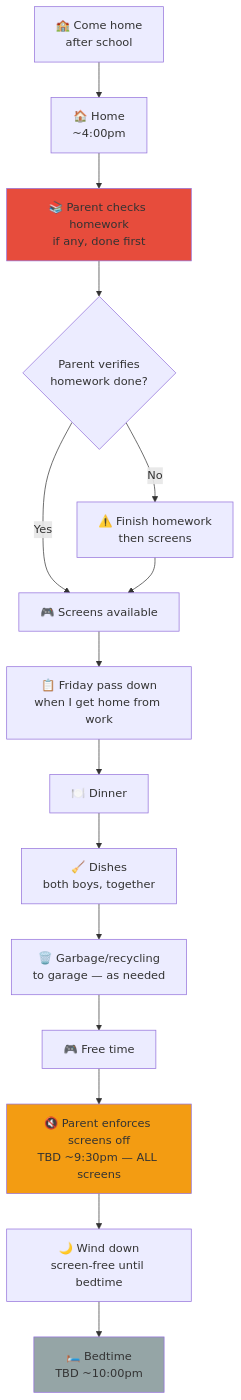
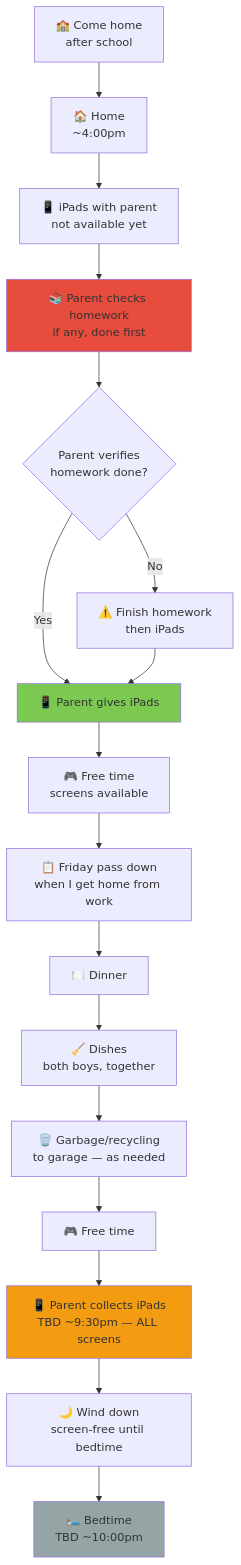
Before and after one commit to ajass/technology-reset: the first of 2 diagrams in day-types/01-friday.md, drawn with Mermaid. The commit also changed other lines of this file and 8 other files, not shown here.

````diff
--- a/day-types/01-friday.md
+++ b/day-types/01-friday.md
@@ -18,21 +18,24 @@
 ```mermaid
 flowchart TD
     A["🏫 Come home<br/>after school"] --> B["🏠 Home<br/>~4:00pm"]
-    B --> C["📚 Parent checks homework<br/>if any, done first"]
+    B --> IP["📱 iPads with parent<br/>not available yet"]
+    IP --> C["📚 Parent checks homework<br/>if any, done first"]
     C --> CD{"Parent verifies<br/>homework done?"}
-    CD -->|Yes| D["🎮 Screens available"]
-    CD -->|No| CW["⚠️ Finish homework<br/>then screens"]
-    CW --> D
+    CD -->|Yes| DG["📱 Parent gives iPads"]
+    CD -->|No| CW["⚠️ Finish homework<br/>then iPads"]
+    CW --> DG
+    DG --> D["🎮 Free time<br/>screens available"]
     D --> PD["📋 Friday pass down<br/>when I get home from work"]
     PD --> E["🍽️ Dinner"]
     E --> G["🧹 Dishes<br/>both boys, together"]
     G --> H["🗑️ Garbage/recycling<br/>to garage — as needed"]
     H --> I["🎮 Free time"]
-    I --> J["🔇 Parent enforces screens off<br/>TBD ~9:30pm — ALL screens"]
+    I --> J["📱 Parent collects iPads<br/>TBD ~9:30pm — ALL screens"]
     J --> K["🌙 Wind down<br/>screen-free until bedtime"]
     K --> L["🛏️ Bedtime<br/>TBD ~10:00pm"]
 
     style C fill:#e74c3c
+    style DG fill:#7bc950
     style J fill:#f39c12
     style L fill:#95a5a6
 ```
````
